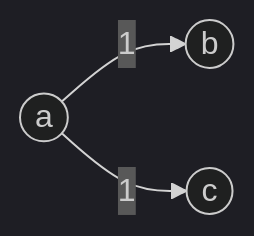
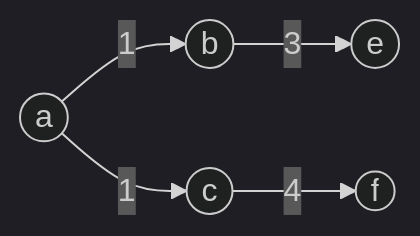
Before and after one commit to anaregdesign/lantern: the fifth of 7 diagrams in README.md, drawn with Mermaid (dark theme). The commit also changed other lines of this file, not shown here.

````diff
--- a/README.md
+++ b/README.md
@@ -1111,5 +162,7 @@
 ```mermaid
 graph LR
     a((a)) -- 1 --> b((b))
-    a((a)) -- 1 --> c((c))
+    a -- 1 --> c((c))
+    b -- 3 --> e((e))
+    c -- 4 --> f((f))
 ```
````
